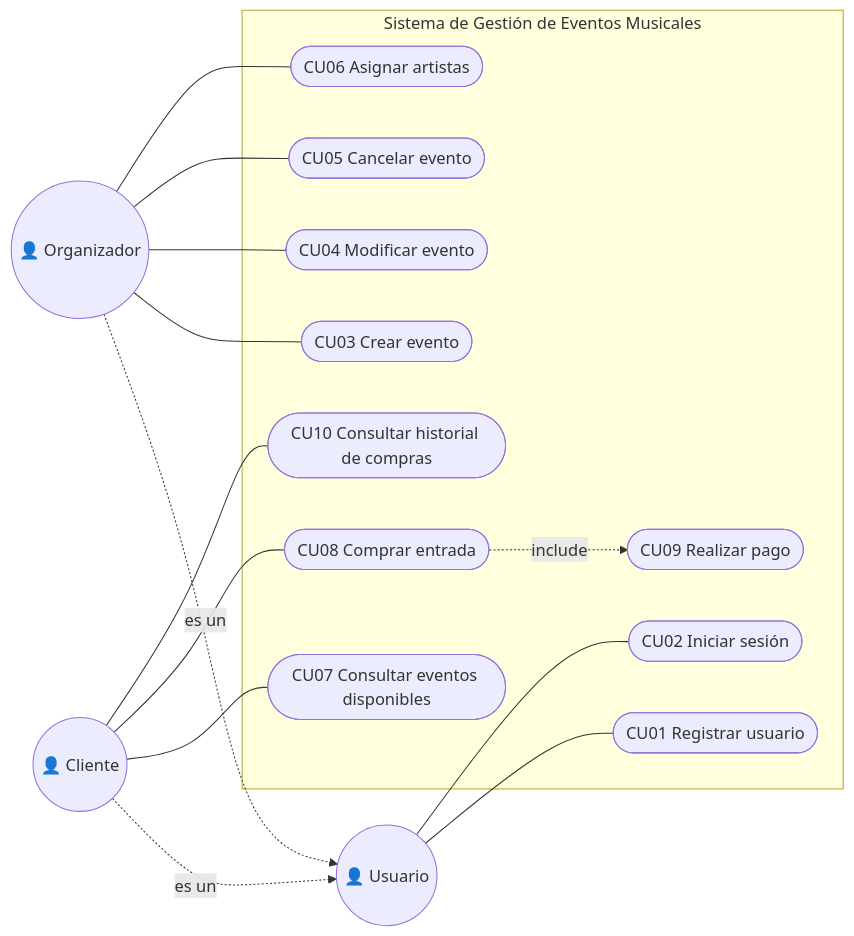
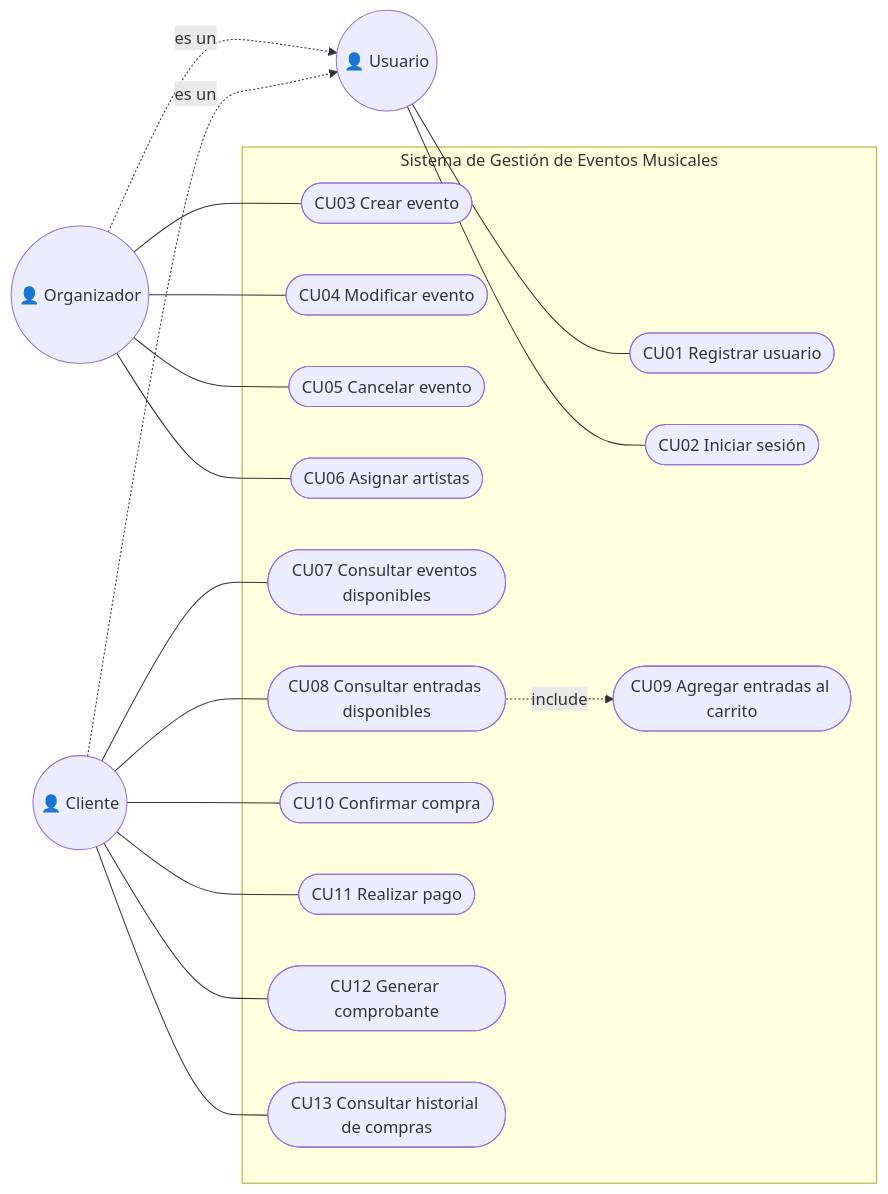
Before and after one commit to AgustinSimonenco/gestion-eventos-musicales: the diagram in docs/casos-de-uso.md, drawn with Mermaid. The commit also changed other lines of this file, not shown here.

````diff
--- a/docs/casos-de-uso.md
+++ b/docs/casos-de-uso.md
@@ -5,33 +5,39 @@
 ```mermaid
 flowchart LR
     U(("👤 Usuario"))
     O(("👤 Organizador"))
     C(("👤 Cliente"))
 
     O -. es un .-> U
     C -. es un .-> U
 
     subgraph Sistema de Gestión de Eventos Musicales
         CU01([CU01 Registrar usuario])
         CU02([CU02 Iniciar sesión])
         CU03([CU03 Crear evento])
         CU04([CU04 Modificar evento])
         CU05([CU05 Cancelar evento])
         CU06([CU06 Asignar artistas])
         CU07([CU07 Consultar eventos disponibles])
-        CU08([CU08 Comprar entrada])
-        CU09([CU09 Realizar pago])
-        CU10([CU10 Consultar historial de compras])
+        CU08([CU08 Consultar entradas disponibles])
+        CU09([CU09 Agregar entradas al carrito])
+        CU10([CU10 Confirmar compra])
+        CU11([CU11 Realizar pago])
+        CU12([CU12 Generar comprobante])
+        CU13([CU13 Consultar historial de compras])
     end
 
     U --- CU01
     U --- CU02
     O --- CU03
     O --- CU04
     O --- CU05
     O --- CU06
     C --- CU07
     C --- CU08
     C --- CU10
+    C --- CU11
+    C --- CU12
+    C --- CU13
     CU08 -. include .-> CU09
 ```
````
